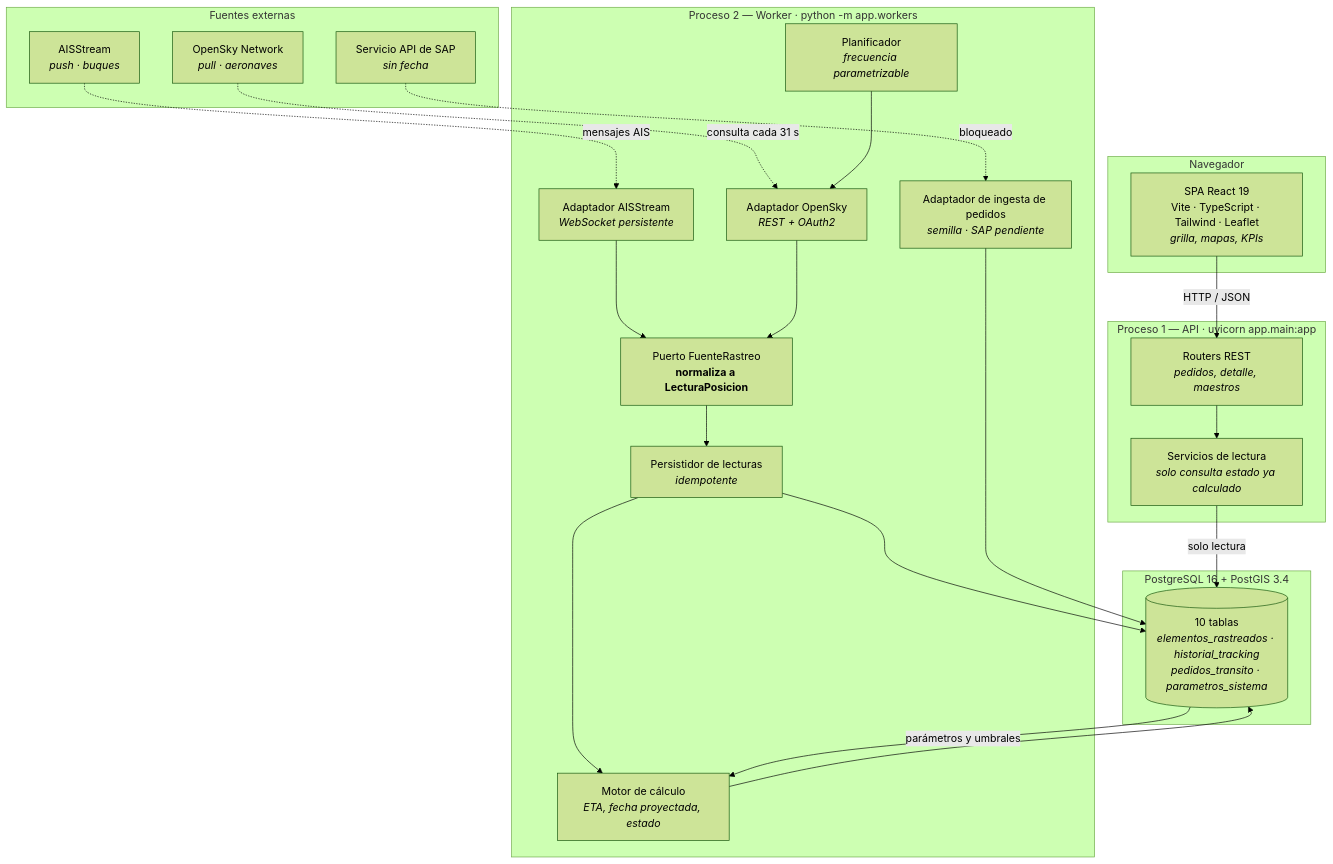
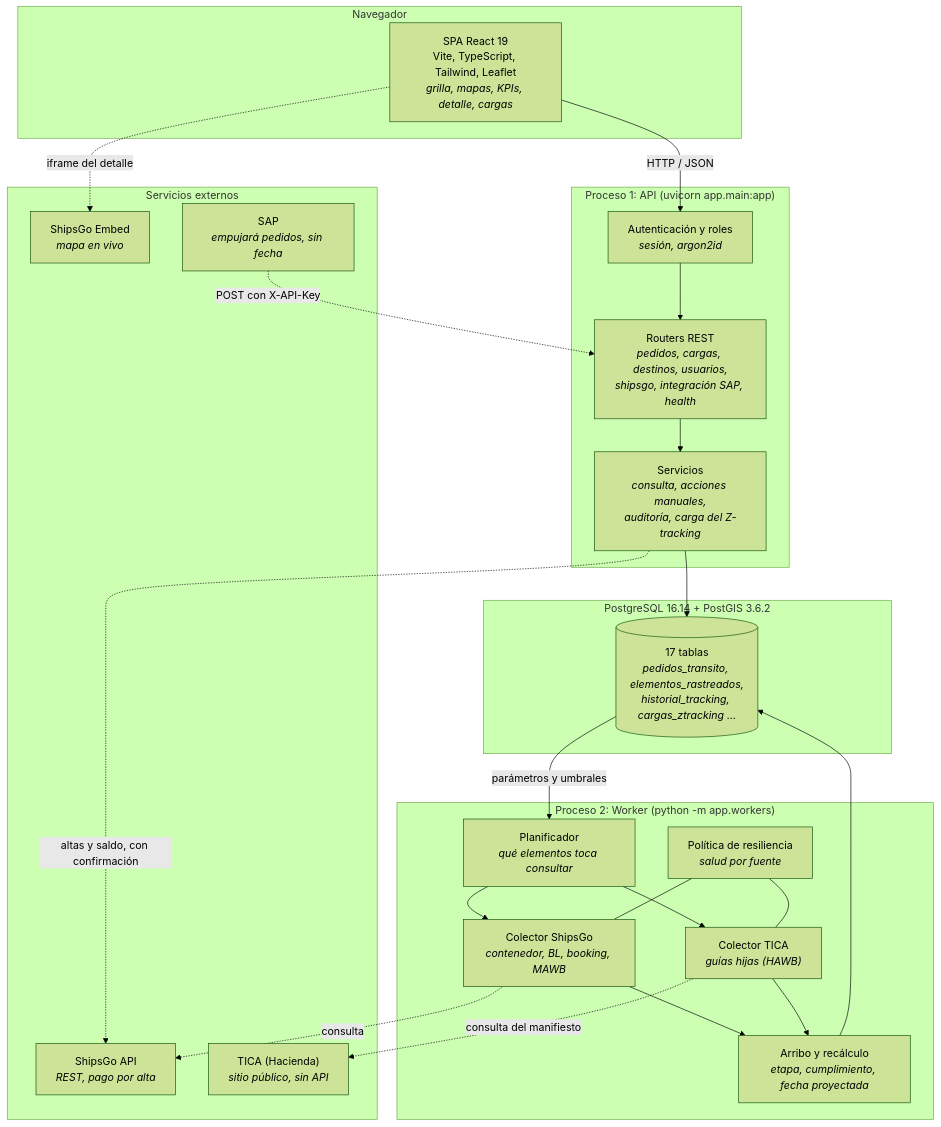
The first of 3 diagrams in docs/architecture.md (mdjmayorga/TrackIn), drawn with Mermaid (forest theme) before and after one commit. The commit also changed other lines of this file and 16 other files, not shown here.

````diff
--- a/docs/architecture.md
+++ b/docs/architecture.md
@@ -25,49 +38,50 @@
 ```mermaid
 flowchart TB
     subgraph cliente["Navegador"]
-        SPA["SPA React 19<br/>Vite · TypeScript · Tailwind · Leaflet<br/><i>grilla, mapas, KPIs</i>"]
+        SPA["SPA React 19<br/>Vite, TypeScript, Tailwind, Leaflet<br/><i>grilla, mapas, KPIs, detalle, cargas</i>"]
     end
 
-    subgraph api["Proceso 1 — API · uvicorn app.main:app"]
-        REST["Routers REST<br/><i>pedidos, detalle, maestros</i>"]
-        SVC["Servicios de lectura<br/><i>solo consulta estado ya calculado</i>"]
+    subgraph api["Proceso 1: API (uvicorn app.main:app)"]
+        AUTH["Autenticación y roles<br/><i>sesión, argon2id</i>"]
+        REST["Routers REST<br/><i>pedidos, cargas, destinos, usuarios,<br/>shipsgo, integración SAP, health</i>"]
+        SVC["Servicios<br/><i>consulta, acciones manuales,<br/>auditoría, carga del Z-tracking</i>"]
     end
 
-    subgraph worker["Proceso 2 — Worker · python -m app.workers"]
-        SCHED["Planificador<br/><i>frecuencia parametrizable</i>"]
-        AISC["Adaptador AISStream<br/><i>WebSocket persistente</i>"]
-        OSKC["Adaptador OpenSky<br/><i>REST + OAuth2</i>"]
-        NORM["Puerto FuenteRastreo<br/><b>normaliza a LecturaPosicion</b>"]
-        PERS["Persistidor de lecturas<br/><i>idempotente</i>"]
-        CALC["Motor de cálculo<br/><i>ETA, fecha proyectada, estado</i>"]
-        INGE["Adaptador de ingesta de pedidos<br/><i>semilla · SAP pendiente</i>"]
+    subgraph worker["Proceso 2: Worker (python -m app.workers)"]
+        PLAN["Planificador<br/><i>qué elementos toca consultar</i>"]
+        SGC["Colector ShipsGo<br/><i>contenedor, BL, booking, MAWB</i>"]
+        TIC["Colector TICA<br/><i>guías hijas (HAWB)</i>"]
+        RES["Política de resiliencia<br/><i>salud por fuente</i>"]
+        ARR["Arribo y recálculo<br/><i>etapa, cumplimiento, fecha proyectada</i>"]
     end
 
-    subgraph datos["PostgreSQL 16 + PostGIS 3.4"]
-        DB[("10 tablas<br/><i>elementos_rastreados · historial_tracking<br/>pedidos_transito · parametros_sistema</i>")]
+    subgraph datos["PostgreSQL 16.14 + PostGIS 3.6.2"]
+        DB[("17 tablas<br/><i>pedidos_transito, elementos_rastreados,<br/>historial_tracking, cargas_ztracking ...</i>")]
     end
 
-    subgraph externo["Fuentes externas"]
-        AIS["AISStream<br/><i>push · buques</i>"]
-        OSN["OpenSky Network<br/><i>pull · aeronaves</i>"]
-        SAP["Servicio API de SAP<br/><i>sin fecha</i>"]
+    subgraph externo["Servicios externos"]
+        SG["ShipsGo API<br/><i>REST, pago por alta</i>"]
+        TICA["TICA (Hacienda)<br/><i>sitio público, sin API</i>"]
+        EMB["ShipsGo Embed<br/><i>mapa en vivo</i>"]
+        SAP["SAP<br/><i>empujará pedidos, sin fecha</i>"]
     end
 
-    SPA -->|"HTTP / JSON"| REST
+    SPA -->|"HTTP / JSON"| AUTH
+    AUTH --> REST
     REST --> SVC
-    SVC -->|"solo lectura"| DB
+    SVC --> DB
+    SVC -.->|"altas y saldo, con confirmación"| SG
+    SPA -.->|"iframe del detalle"| EMB
+    SAP -.->|"POST con X-API-Key"| REST
 
-    AIS -.->|"mensajes AIS"| AISC
-    OSN -.->|"consulta cada 31 s"| OSKC
-    SAP -.->|"bloqueado"| INGE
-
-    SCHED --> OSKC
-    AISC --> NORM
-    OSKC --> NORM
-    NORM --> PERS
-    PERS --> DB
-    PERS --> CALC
-    CALC --> DB
-    INGE --> DB
-    DB -->|"parámetros y umbrales"| CALC
+    PLAN --> SGC
+    PLAN --> TIC
+    SGC -.->|"consulta"| SG
+    TIC -.->|"consulta del manifiesto"| TICA
+    SGC --> ARR
+    TIC --> ARR
+    RES --- SGC
+    RES --- TIC
+    ARR --> DB
+    DB -->|"parámetros y umbrales"| PLAN
 ```
````
